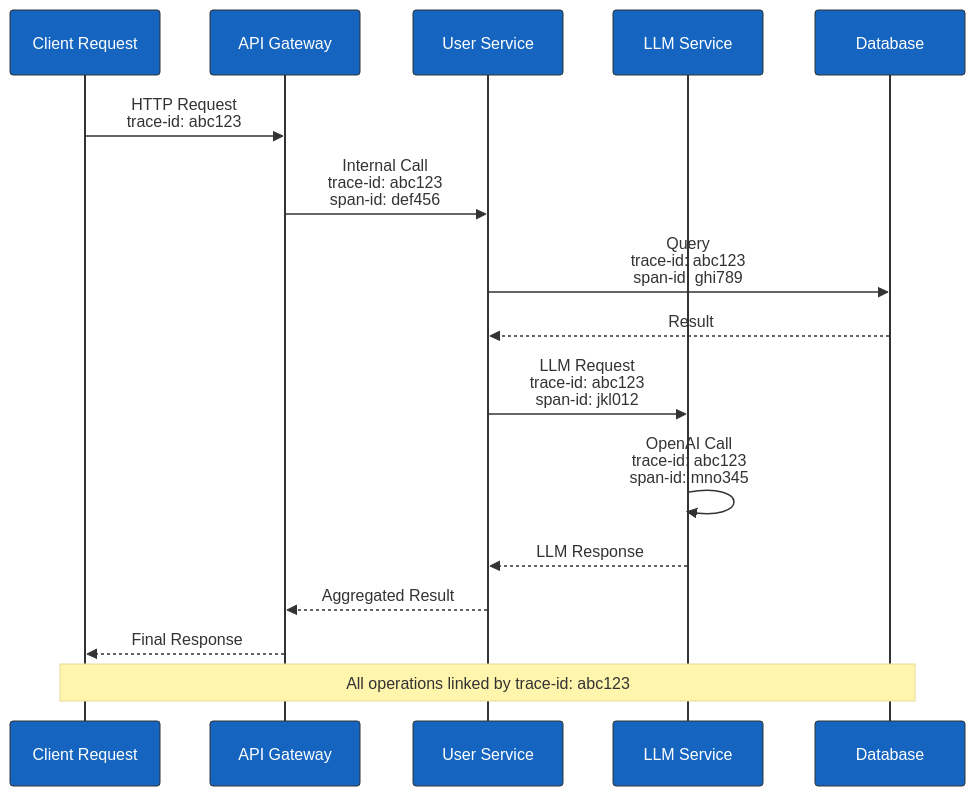
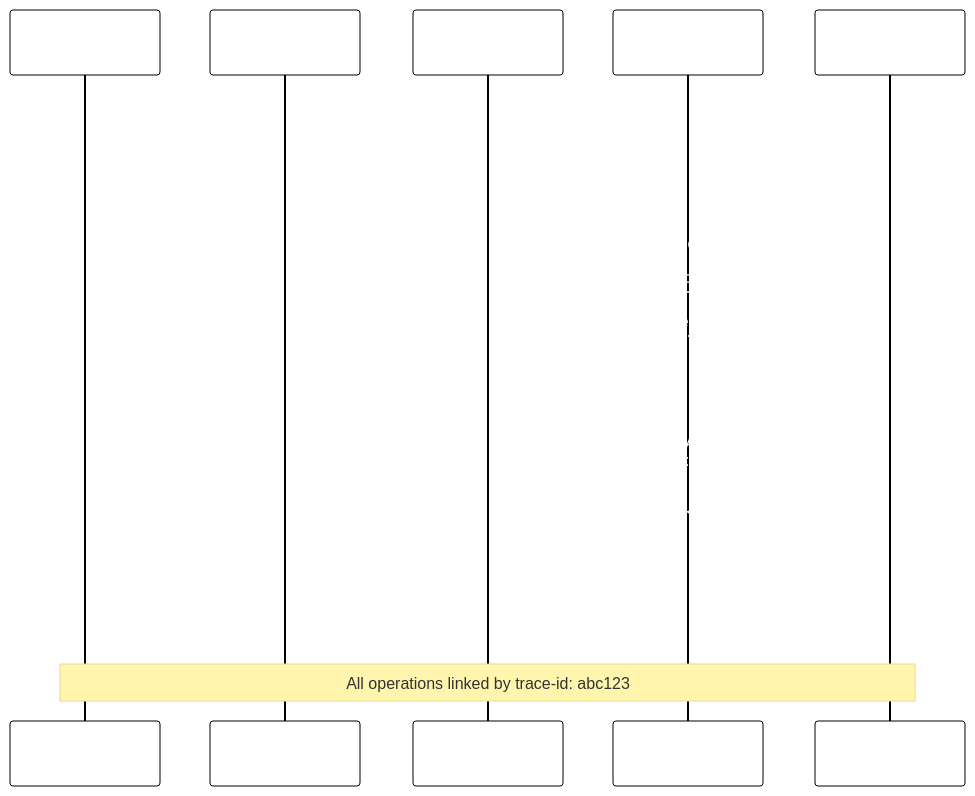
Diagram 15 of 15 in docs/explanation/architecture/diagrams.rst (honeyhiveai/python-sdk), drawn with Mermaid before and after one commit. The commit also changed other lines of this file and 5 other files, not shown here.

First line of the commit message:
feat: implement CSS-based dual-theme system for Mermaid sequence diagrams

```diff
--- a/docs/explanation/architecture/diagrams.rst
+++ b/docs/explanation/architecture/diagrams.rst
@@ -578,24 +578,24 @@
 .. mermaid::
 
-   %%{init: {'theme':'base', 'themeVariables': {'primaryColor': '#1565c0', 'primaryTextColor': '#ffffff', 'primaryBorderColor': '#333333', 'lineColor': '#333333', 'secondaryColor': '#2e7d32', 'tertiaryColor': '#ef6c00', 'background': 'transparent', 'mainBkg': 'transparent', 'secondBkg': 'transparent', 'actorBkg': '#1565c0', 'actorBorder': '#333333', 'actorTextColor': '#ffffff', 'actorLineColor': '#333333', 'signalColor': '#333333', 'signalTextColor': '#333333', 'activationBorderColor': '#333333', 'activationBkgColor': '#2e7d32', 'sequenceNumberColor': '#333333', 'sectionBkgColor': 'transparent', 'altSectionBkgColor': 'transparent', 'gridColor': '#333333', 'gridTextColor': '#333333', 'taskBkgColor': '#1565c0', 'taskTextColor': '#ffffff', 'taskTextLightColor': '#ffffff', 'taskTextOutsideColor': '#333333', 'taskTextClickableColor': '#333333', 'activeTaskBkgColor': '#2e7d32', 'activeTaskBorderColor': '#333333', 'gridTextSize': '11px', 'taskTextSize': '11px'}}}%%
+   %%{init: {'theme':'base', 'themeVariables': {'primaryColor': '#4F81BD', 'primaryTextColor': '#ffffff', 'primaryBorderColor': '#000000', 'lineColor': '#666666', 'background': 'transparent', 'mainBkg': 'transparent', 'secondBkg': 'transparent'}}}%%
    sequenceDiagram
        participant Client as Client Request
        participant Gateway as API Gateway
        participant UserSvc as User Service
        participant LLMSvc as LLM Service
        participant DB as Database
        
        Client->>Gateway: HTTP Request<br/>trace-id: abc123
        
        Gateway->>UserSvc: Internal Call<br/>trace-id: abc123<br/>span-id: def456
        UserSvc->>DB: Query<br/>trace-id: abc123<br/>span-id: ghi789
        DB-->>UserSvc: Result
        
        UserSvc->>LLMSvc: LLM Request<br/>trace-id: abc123<br/>span-id: jkl012
        LLMSvc->>LLMSvc: OpenAI Call<br/>trace-id: abc123<br/>span-id: mno345
        LLMSvc-->>UserSvc: LLM Response
        
        UserSvc-->>Gateway: Aggregated Result
        Gateway-->>Client: Final Response
        
        Note over Client,DB: All operations linked by trace-id: abc123
```
